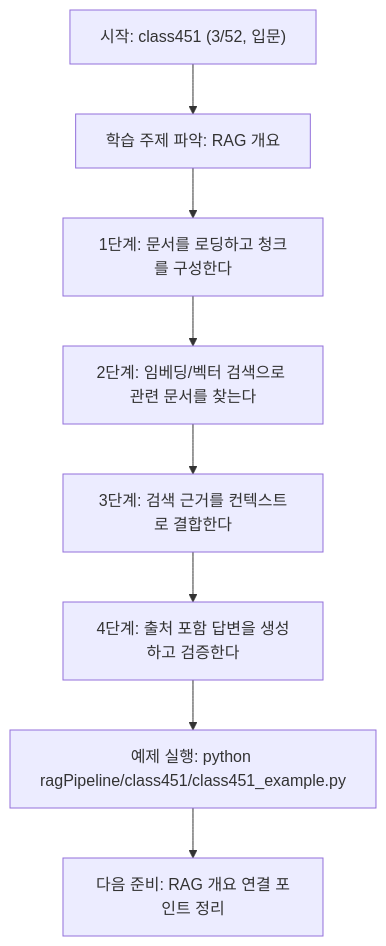
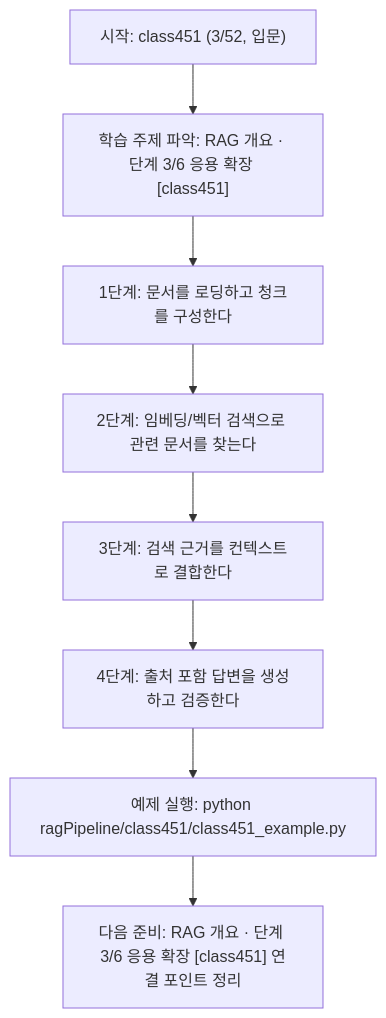
One commit to edumgt/Python-AI_Agent-Class changed the diagram in ragPipeline/class451/class451.md. Above: the diagram before and after it, drawn with Mermaid. The commit also changed other lines of this file and 522 other files, not shown here.

````diff
--- a/ragPipeline/class451/class451.md
+++ b/ragPipeline/class451/class451.md
@@ -109,18 +110,18 @@
 ```mermaid
 flowchart TD
 N1["시작: class451 (3/52, 입문)"]
-N2["학습 주제 파악: RAG 개요"]
+N2["학습 주제 파악: RAG 개요 · 단계 3/6 응용 확장 [class451]"]
 N3["1단계: 문서를 로딩하고 청크를 구성한다"]
 N4["2단계: 임베딩/벡터 검색으로 관련 문서를 찾는다"]
 N5["3단계: 검색 근거를 컨텍스트로 결합한다"]
 N6["4단계: 출처 포함 답변을 생성하고 검증한다"]
 N7["예제 실행: python ragPipeline/class451/class451_example.py"]
-N8["다음 준비: RAG 개요 연결 포인트 정리"]
+N8["다음 준비: RAG 개요 · 단계 3/6 응용 확장 [class451] 연결 포인트 정리"]
 N1 --> N2
 N2 --> N3
 N3 --> N4
 N4 --> N5
 N5 --> N6
 N6 --> N7
 N7 --> N8
 ```
````
